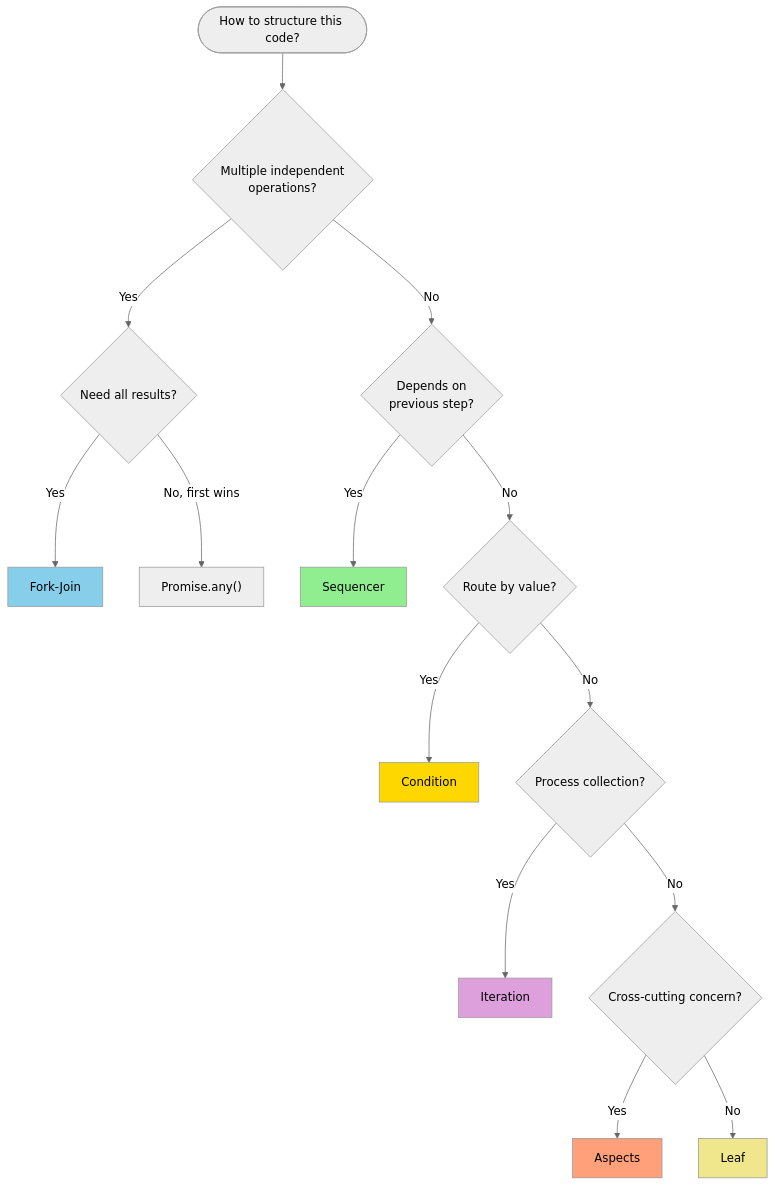
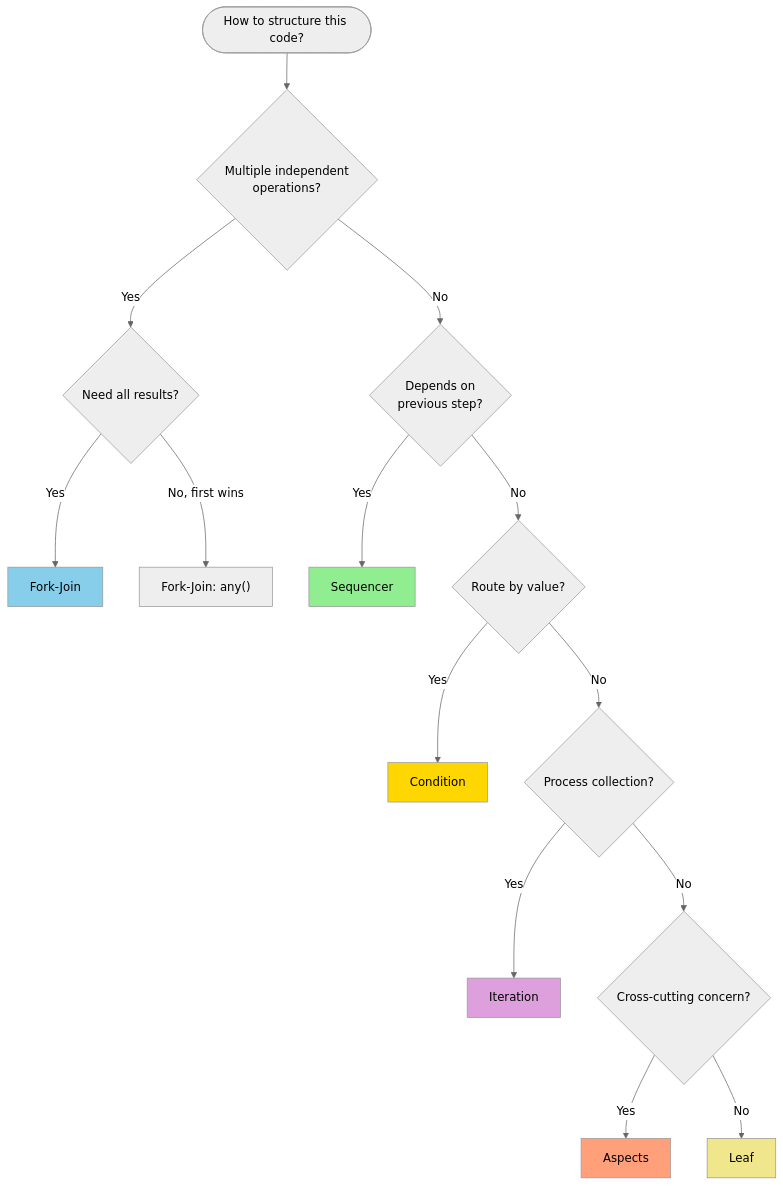
Before and after one commit to siy/coding-technology: diagram 18 of 18 in book/diagrams.md, drawn with Mermaid (neutral theme). The commit also changed 2 other files, not shown here.

Commit message:
docs: JBCT - any() is a Fork-Join case in all three types; decision tree agrees

````diff
--- a/book/diagrams.md
+++ b/book/diagrams.md
@@ -462,29 +462,29 @@
 ```mermaid
 flowchart TB
     Start([How to structure this code?]) --> Q1{Multiple independent<br/>operations?}
 
     Q1 -->|Yes| Q2{Need all results?}
     Q1 -->|No| Q3{Depends on<br/>previous step?}
 
     Q2 -->|Yes| ForkJoin[Fork-Join]
-    Q2 -->|No, first wins| Any["Promise.any()"]
+    Q2 -->|No, first wins| Any["Fork-Join: any()"]
 
     Q3 -->|Yes| Sequencer[Sequencer]
     Q3 -->|No| Q4{Route by value?}
 
     Q4 -->|Yes| Condition[Condition]
     Q4 -->|No| Q5{Process collection?}
 
     Q5 -->|Yes| Iteration[Iteration]
     Q5 -->|No| Q6{Cross-cutting concern?}
 
     Q6 -->|Yes| Aspects[Aspects]
     Q6 -->|No| Leaf[Leaf]
 
     style ForkJoin fill:#87CEEB
     style Sequencer fill:#90EE90
     style Condition fill:#FFD700
     style Iteration fill:#DDA0DD
     style Aspects fill:#FFA07A
     style Leaf fill:#F0E68C
 ```
````
